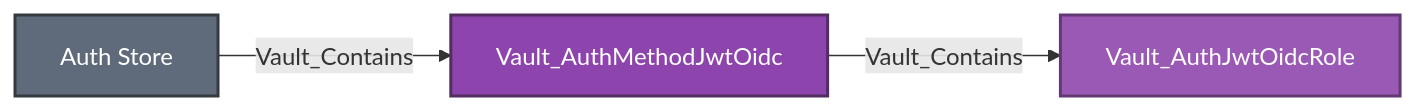
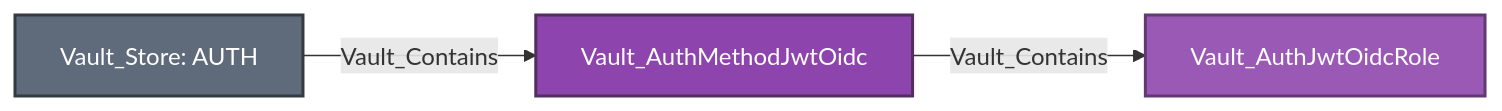
Diagram 13 of 28 in Documentation/stores/AUTH.md (bytewreck/opengraph-vault), drawn with Mermaid before and after one commit. The commit also changed other lines of this file, not shown here.

````diff
--- a/Documentation/stores/AUTH.md
+++ b/Documentation/stores/AUTH.md
@@ -711,9 +711,9 @@
 ```mermaid
 flowchart LR
-    store[Auth Store]:::storeNode -->|Vault_Contains| method[Vault_AuthMethodJwtOidc]:::authMethodNode
+    store[Vault_Store: AUTH]:::storeNode -->|Vault_Contains| method[Vault_AuthMethodJwtOidc]:::authMethodNode
     method -->|Vault_Contains| role[Vault_AuthJwtOidcRole]:::authRoleNode
 
     classDef storeNode fill:#5F6B7A,color:#fff,stroke:#343A40,stroke-width:2px
     classDef authMethodNode fill:#8E44AD,color:#fff,stroke:#512E5F,stroke-width:2px
     classDef authRoleNode fill:#9B59B6,color:#fff,stroke:#633974,stroke-width:2px
 ```
````
